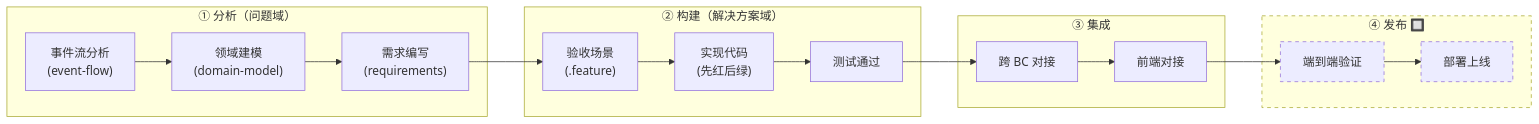
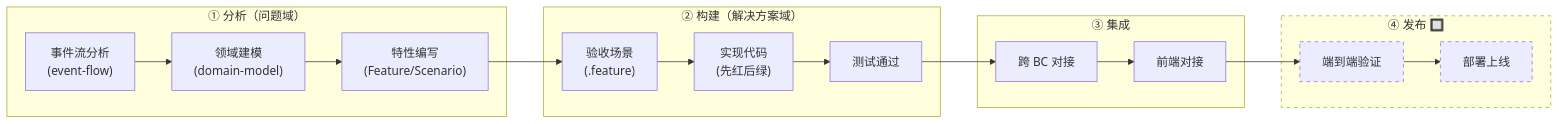
Before and after one commit to mianhe/HMall: the first of 2 diagrams in .cursor/skills/README.md, drawn with Mermaid. The commit also changed other lines of this file and 143 other files, not shown here.

````diff
--- a/.cursor/skills/README.md
+++ b/.cursor/skills/README.md
@@ -34,36 +36,36 @@
 ```mermaid
 flowchart LR
     subgraph A["① 分析（问题域）"]
         A1["事件流分析<br/>(event-flow)"]
         A2["领域建模<br/>(domain-model)"]
-        A3["需求编写<br/>(requirements)"]
+        A3["特性编写<br/>(Feature/Scenario)"]
         A1 --> A2 --> A3
     end
 
     subgraph B["② 构建（解决方案域）"]
         B1["验收场景<br/>(.feature)"]
         B2["实现代码<br/>(先红后绿)"]
         B3["测试通过"]
         B1 --> B2 --> B3
     end
 
     subgraph C["③ 集成"]
         C1["跨 BC 对接"]
         C2["前端对接"]
         C1 --> C2
     end
 
     subgraph D["④ 发布 🔲"]
         D1["端到端验证"]
         D2["部署上线"]
         D1 --> D2
     end
 
     A3 --> B1
     B3 --> C1
     C2 --> D1
 
     style D stroke-dasharray: 5 5
     style D1 stroke-dasharray: 5 5
     style D2 stroke-dasharray: 5 5
 ```
````
